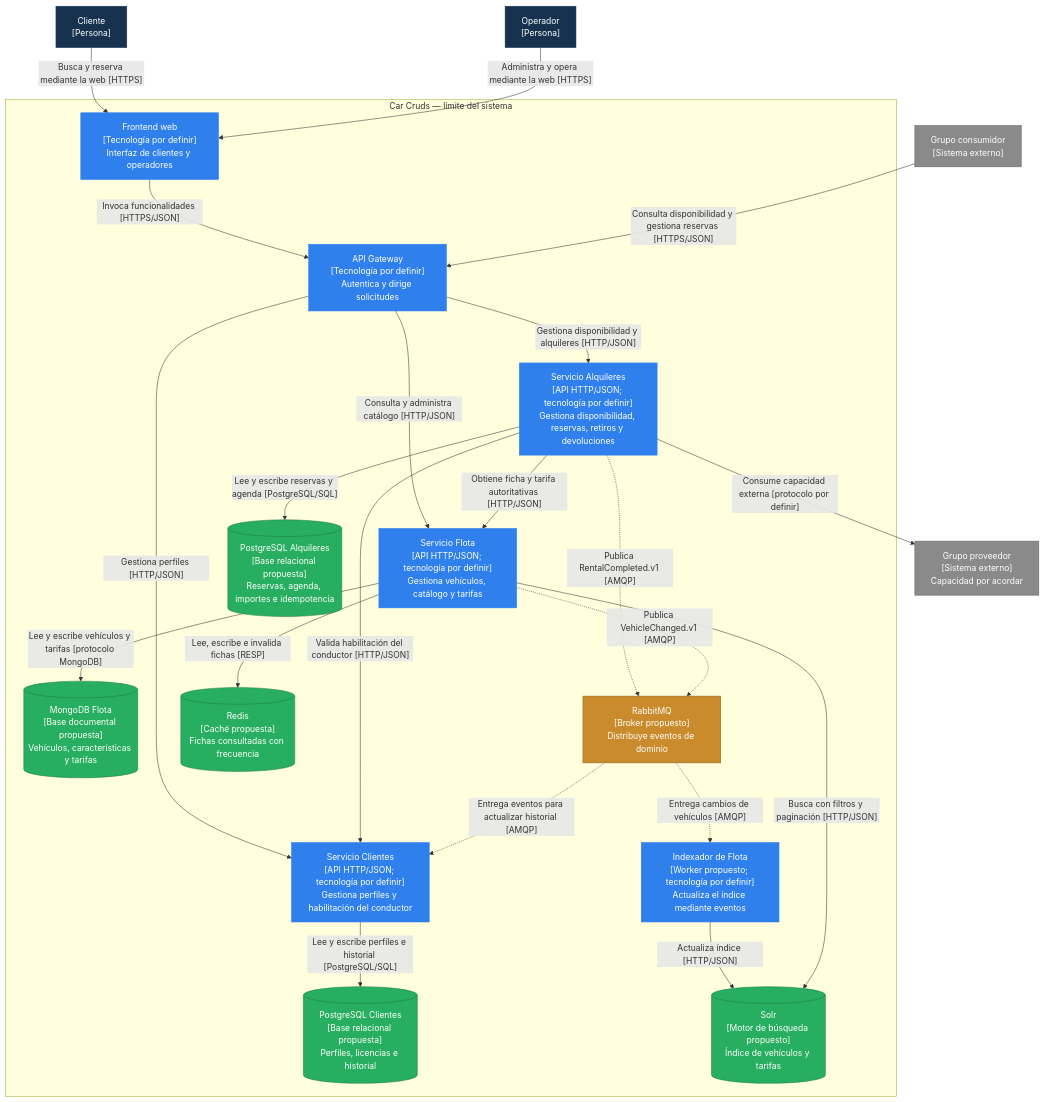
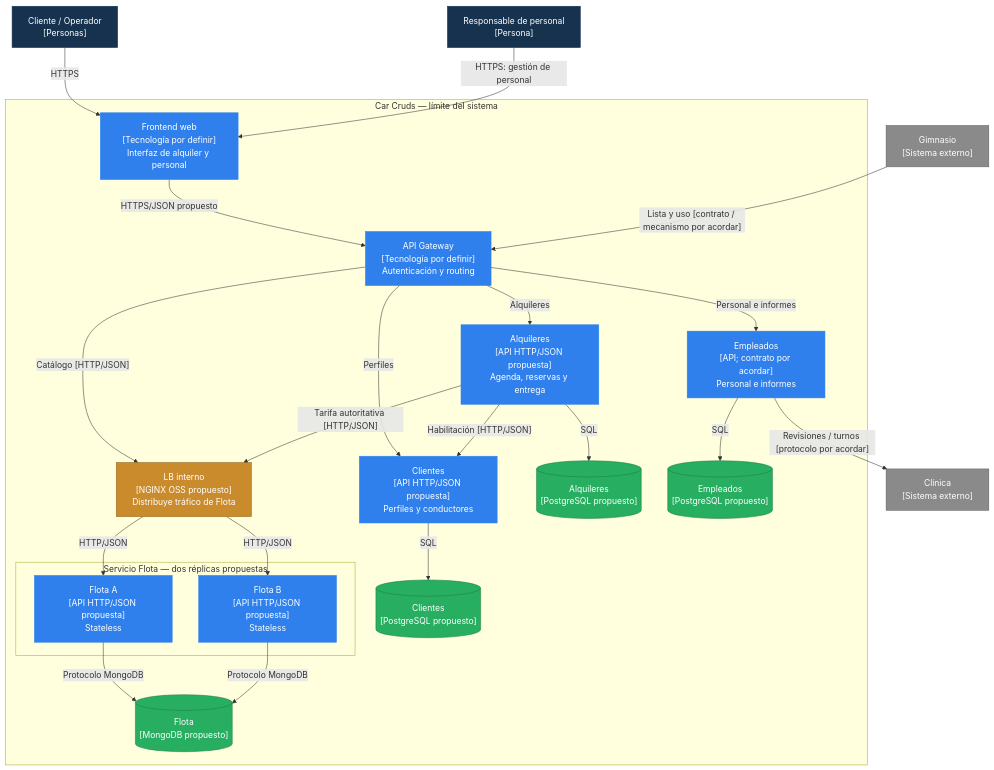
Before and after one commit to Gerpeirone/Car-Cruds: the second of 4 diagrams in docs/ARCHITECTURE.md, drawn with Mermaid. The commit also changed other lines of this file and 38 other files, not shown here.

Commit message:
Preparar documentación de entrega 2 e integraciones de personal

````diff
--- a/docs/ARCHITECTURE.md
+++ b/docs/ARCHITECTURE.md
@@ -56,73 +61,52 @@
 ```mermaid
 flowchart TB
-    Client["Cliente<br/>[Persona]"]
-    Operator["Operador<br/>[Persona]"]
-    Consumer["Grupo consumidor<br/>[Sistema externo]"]
-    Provider["Grupo proveedor<br/>[Sistema externo]<br/>Capacidad por acordar"]
-
+    Users["Cliente / Operador<br/>[Personas]"]
+    Personnel["Responsable de personal<br/>[Persona]"]
+    Gym["Gimnasio<br/>[Sistema externo]"]
+    Clinic["Clínica<br/>[Sistema externo]"]
     subgraph System["Car Cruds — límite del sistema"]
-        Web["Frontend web<br/>[Tecnología por definir]<br/>Interfaz de clientes y operadores"]
-
-        GW["API Gateway<br/>[Tecnología por definir]<br/>Autentica y dirige solicitudes"]
-
-        Customers["Servicio Clientes<br/>[API HTTP/JSON; tecnología por definir]<br/>Gestiona perfiles y habilitación del conductor"]
-
-        Fleet["Servicio Flota<br/>[API HTTP/JSON; tecnología por definir]<br/>Gestiona vehículos, catálogo y tarifas"]
-
-        Rentals["Servicio Alquileres<br/>[API HTTP/JSON; tecnología por definir]<br/>Gestiona disponibilidad, reservas, retiros y devoluciones"]
-
-        CDB[("PostgreSQL Clientes<br/>[Base relacional propuesta]<br/>Perfiles, licencias e historial")]
-
-        FDB[("MongoDB Flota<br/>[Base documental propuesta]<br/>Vehículos, características y tarifas")]
-
-        RDB[("PostgreSQL Alquileres<br/>[Base relacional propuesta]<br/>Reservas, agenda, importes e idempotencia")]
-
-        Broker["RabbitMQ<br/>[Broker propuesto]<br/>Distribuye eventos de dominio"]
-
-        Indexer["Indexador de Flota<br/>[Worker propuesto; tecnología por definir]<br/>Actualiza el índice mediante eventos"]
-
-        Search[("Solr<br/>[Motor de búsqueda propuesto]<br/>Índice de vehículos y tarifas")]
-
-        Cache[("Redis<br/>[Caché propuesta]<br/>Fichas consultadas con frecuencia")]
+        Web["Frontend web<br/>[Tecnología por definir]<br/>Interfaz de alquiler y personal"]
+        GW["API Gateway<br/>[Tecnología por definir]<br/>Autenticación y routing"]
+        Customers["Clientes<br/>[API HTTP/JSON propuesta]<br/>Perfiles y conductores"]
+        Rentals["Alquileres<br/>[API HTTP/JSON propuesta]<br/>Agenda, reservas y entrega"]
+        Employees["Empleados<br/>[API; contrato por acordar]<br/>Personal e informes"]
+        LB["LB interno<br/>[NGINX OSS propuesto]<br/>Distribuye tráfico de Flota"]
+        subgraph FleetReplicas["Servicio Flota — dos réplicas propuestas"]
+            FleetA["Flota A<br/>[API HTTP/JSON propuesta]<br/>Stateless"]
+            FleetB["Flota B<br/>[API HTTP/JSON propuesta]<br/>Stateless"]
+        end
+        CDB[("Clientes<br/>[PostgreSQL propuesto]")]
+        RDB[("Alquileres<br/>[PostgreSQL propuesto]")]
+        EDB[("Empleados<br/>[PostgreSQL propuesto]")]
+        FDB[("Flota<br/>[MongoDB propuesto]")]
+        Web -->|"HTTPS/JSON propuesto"| GW
+        GW -->|"Perfiles"| Customers
+        GW -->|"Alquileres"| Rentals
+        GW -->|"Personal e informes"| Employees
+        GW -->|"Catálogo [HTTP/JSON]"| LB
+        Rentals -->|"Habilitación [HTTP/JSON]"| Customers
+        Rentals -->|"Tarifa autoritativa [HTTP/JSON]"| LB
+        LB -->|"HTTP/JSON"| FleetA
+        LB -->|"HTTP/JSON"| FleetB
+        Customers -->|"SQL"| CDB
+        Rentals -->|"SQL"| RDB
+        Employees -->|"SQL"| EDB
+        FleetA -->|"Protocolo MongoDB"| FDB
+        FleetB -->|"Protocolo MongoDB"| FDB
     end
-
-    Client -->|"Busca y reserva mediante la web [HTTPS]"| Web
-    Operator -->|"Administra y opera mediante la web [HTTPS]"| Web
-
-    Web -->|"Invoca funcionalidades [HTTPS/JSON]"| GW
-    Consumer -->|"Consulta disponibilidad y gestiona reservas [HTTPS/JSON]"| GW
-
-    GW -->|"Gestiona perfiles [HTTP/JSON]"| Customers
-    GW -->|"Consulta y administra catálogo [HTTP/JSON]"| Fleet
-    GW -->|"Gestiona disponibilidad y alquileres [HTTP/JSON]"| Rentals
-
-    Customers -->|"Lee y escribe perfiles e historial [PostgreSQL/SQL]"| CDB
-    Fleet -->|"Lee y escribe vehículos y tarifas [protocolo MongoDB]"| FDB
-    Rentals -->|"Lee y escribe reservas y agenda [PostgreSQL/SQL]"| RDB
-
-    Rentals -->|"Valida habilitación del conductor [HTTP/JSON]"| Customers
-    Rentals -->|"Obtiene ficha y tarifa autoritativas [HTTP/JSON]"| Fleet
-    Rentals -->|"Consume capacidad externa [protocolo por definir]"| Provider
-
-    Rentals -.->|"Publica RentalCompleted.v1 [AMQP]"| Broker
-    Fleet -.->|"Publica VehicleChanged.v1 [AMQP]"| Broker
-
-    Broker -.->|"Entrega eventos para actualizar historial [AMQP]"| Customers
-    Broker -.->|"Entrega cambios de vehículos [AMQP]"| Indexer
-
-    Indexer -->|"Actualiza índice [HTTP/JSON]"| Search
-    Fleet -->|"Busca con filtros y paginación [HTTP/JSON]"| Search
-    Fleet -->|"Lee, escribe e invalida fichas [RESP]"| Cache
+    Users -->|"HTTPS"| Web
+    Personnel -->|"HTTPS: gestión de personal"| Web
+    Gym -->|"Lista y uso [contrato / mecanismo por acordar]"| GW
+    Employees -->|"Revisiones / turnos [protocolo por acordar]"| Clinic
 
     classDef person fill:#16324f,color:#ffffff,stroke:#16324f;
     classDef external fill:#8a8a8a,color:#ffffff,stroke:#606060;
     classDef app fill:#2f80ed,color:#ffffff,stroke:#2f80ed;
     classDef data fill:#27ae60,color:#ffffff,stroke:#207c48;
     classDef support fill:#c98b2b,color:#ffffff,stroke:#91631e;
-
-    class Client,Operator person;
-    class Consumer,Provider external;
-    class Web,GW,Customers,Fleet,Rentals,Indexer app;
-    class CDB,FDB,RDB,Search,Cache data;
-    class Broker support;
+    class Users,Personnel person;
+    class Gym,Clinic external;
+    class Web,GW,Customers,Rentals,Employees,FleetA,FleetB app;
+    class CDB,RDB,EDB,FDB data;
+    class LB support;
 ```
````
